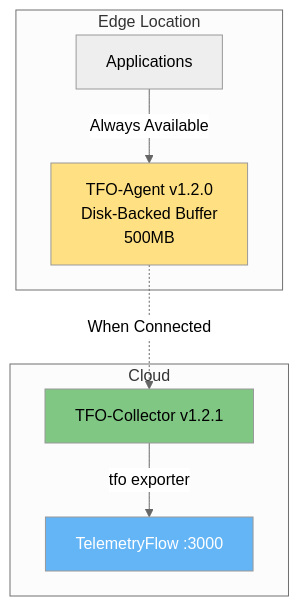
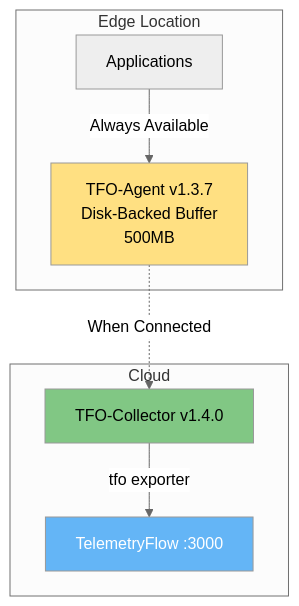
One commit to telemetryflow/telemetryflow-overview changed diagram 11 of 12 in tfo-otel/ARCHITECTURE.md. Above: the diagram before and after it, drawn with Mermaid (neutral theme). The commit also changed other lines of this file and 11 other files, not shown here.

First line of the commit message:
docs: update component versions to latest (agent/collector/platform/OTel)

````diff
--- a/tfo-otel/ARCHITECTURE.md
+++ b/tfo-otel/ARCHITECTURE.md
@@ -499,20 +499,20 @@
 ```mermaid
 graph TB
     subgraph "Edge Location"
         APP[Applications]
-        AGENT[TFO-Agent v1.2.0<br/>Disk-Backed Buffer<br/>500MB]
+        AGENT[TFO-Agent v1.3.7<br/>Disk-Backed Buffer<br/>500MB]
     end
 
     subgraph "Cloud"
-        COLLECTOR[TFO-Collector v1.2.1]
+        COLLECTOR[TFO-Collector v1.4.0]
         TFO[TelemetryFlow :3000]
     end
 
     APP -->|Always Available| AGENT
     AGENT -.->|When Connected| COLLECTOR
     COLLECTOR -->|tfo exporter| TFO
 
     style AGENT fill:#FFE082
     style COLLECTOR fill:#81C784
     style TFO fill:#64B5F6,color:#fff
 ```
````
